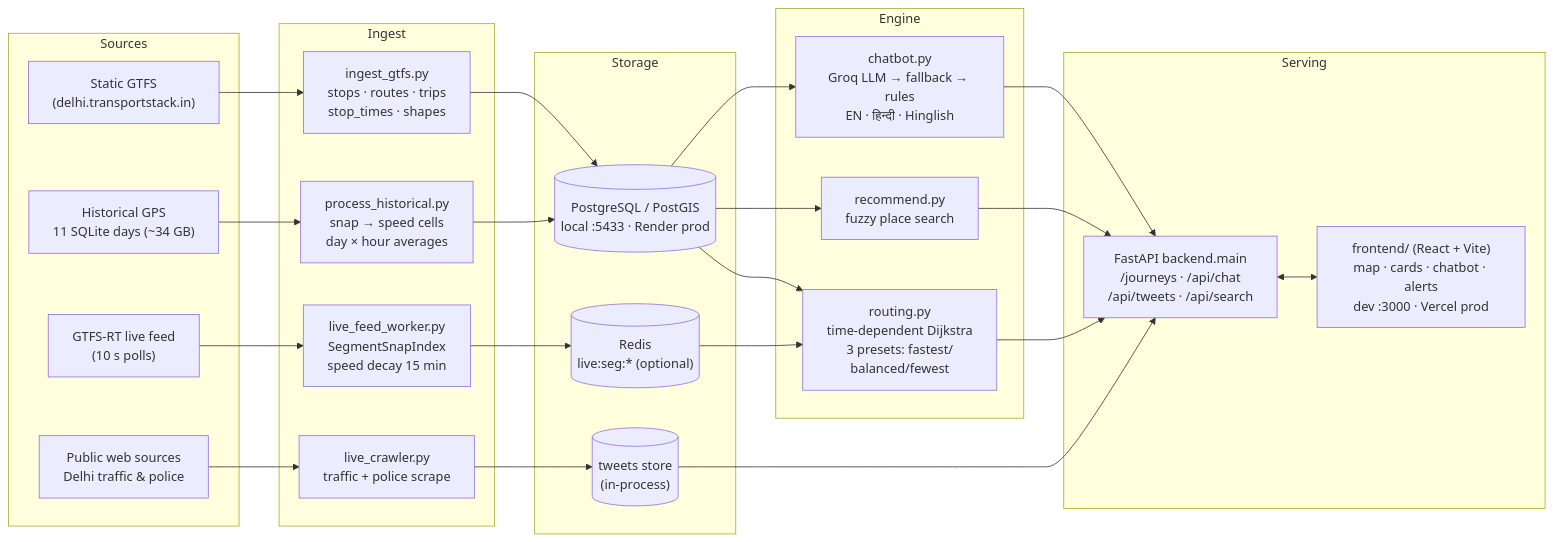
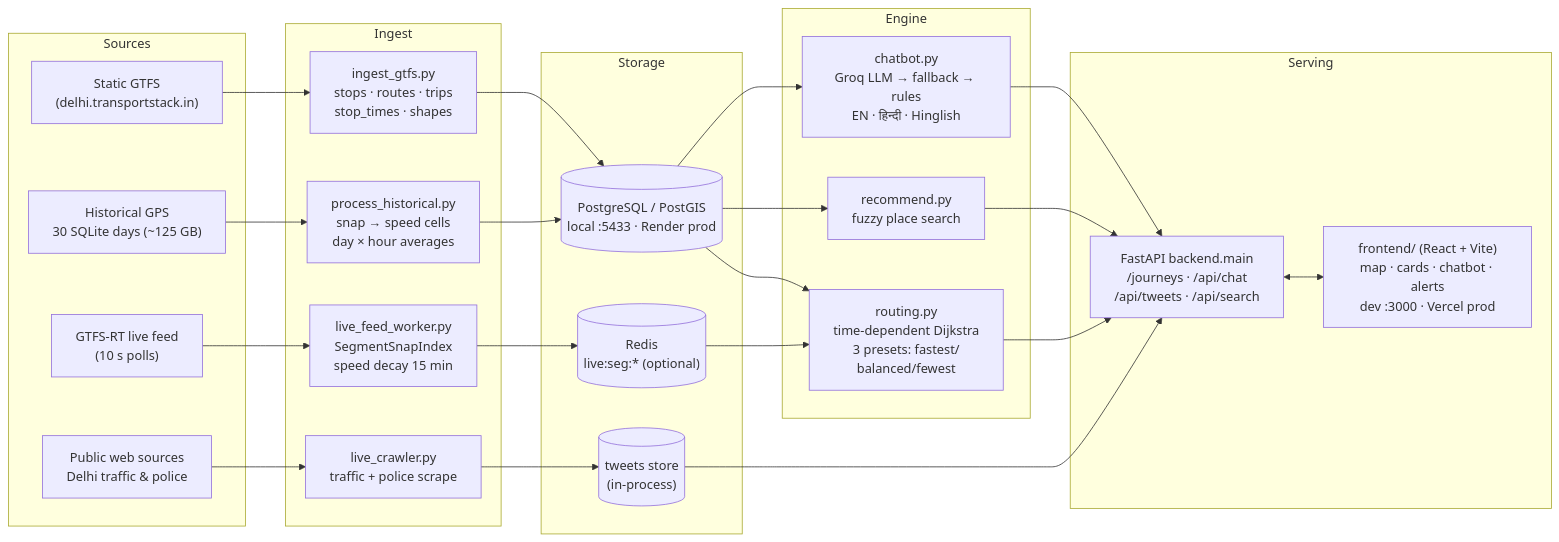
One commit to Youngmaster0304/commuttify changed the first of 3 diagrams in README.md. Above: the diagram before and after it, drawn with Mermaid. The commit also changed other lines of this file, not shown here.

Commit message:
Update historical GPS data in README

````diff
--- a/README.md
+++ b/README.md
@@ -31,47 +31,47 @@
 ```mermaid
 flowchart LR
     subgraph Sources
         A1["Static GTFS<br/>(delhi.transportstack.in)"]
-        A2["Historical GPS<br/>11 SQLite days (~34 GB)"]
+        A2["Historical GPS<br/>30 SQLite days (~125 GB)"]
         A3["GTFS-RT live feed<br/>(10 s polls)"]
         A4["Public web sources<br/>Delhi traffic & police"]
     end
 
     subgraph Ingest
         B1["ingest_gtfs.py<br/>stops · routes · trips<br/>stop_times · shapes"]
         B2["process_historical.py<br/>snap → speed cells<br/>day × hour averages"]
         B3["live_feed_worker.py<br/>SegmentSnapIndex<br/>speed decay 15 min"]
         B4["live_crawler.py<br/>traffic + police scrape"]
     end
 
     subgraph Storage
         C1[("PostgreSQL / PostGIS<br/>local :5433 · Render prod")]
         C2[("Redis<br/>live:seg:* (optional)")]
         C3[("tweets store<br/>(in-process)")]
     end
 
     subgraph Engine
         D1["routing.py<br/>time-dependent Dijkstra<br/>3 presets: fastest/<br/>balanced/fewest"]
         D2["recommend.py<br/>fuzzy place search"]
         D3["chatbot.py<br/>Groq LLM → fallback → rules<br/>EN · हिन्दी · Hinglish"]
     end
 
     subgraph Serving
         E1["FastAPI backend.main<br/>/journeys · /api/chat<br/>/api/tweets · /api/search"]
         E2["frontend/ (React + Vite)<br/>map · cards · chatbot · alerts<br/>dev :3000 · Vercel prod"]
     end
 
     A1 --> B1 --> C1
     A2 --> B2 --> C1
     A3 --> B3 --> C2
     A4 --> B4 --> C3
     C1 --> D1
     C2 --> D1
     C1 --> D2
     C1 --> D3
     D1 --> E1
     D2 --> E1
     D3 --> E1
     C3 --> E1
     E1 <--> E2
 ```
````
